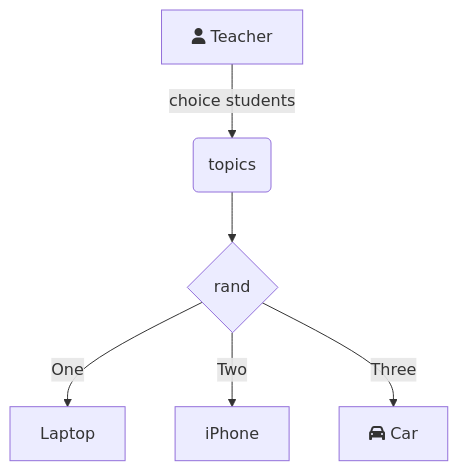
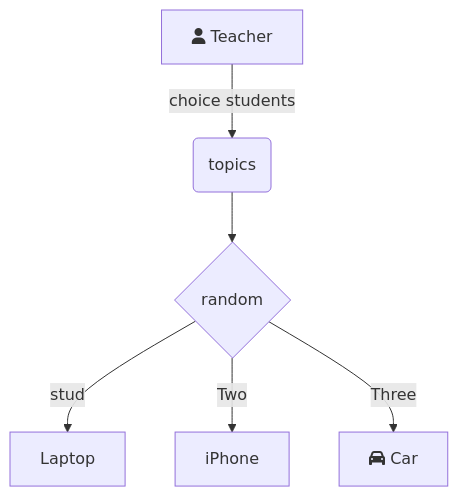
Before and after one commit to CharlieTD/iodraw-files: the diagram in all/未命名-2.md, drawn with Mermaid.

Commit message:
2024-07-15 22:40:42 update

````diff
--- a/all/未命名-2.md
+++ b/all/未命名-2.md
@@ -1,8 +1,8 @@
 ```mermaid
 graph TD
     A[fa:fa-user Teacher] -->|choice students| B(topics)
-    B --> C{rand}
-    C -->|One| D[Laptop]
+    B --> C{random}
+    C -->|stud| D[Laptop]
     C -->|Two| E[iPhone]
     C -->|Three| F[fa:fa-car Car]
 ```
````
